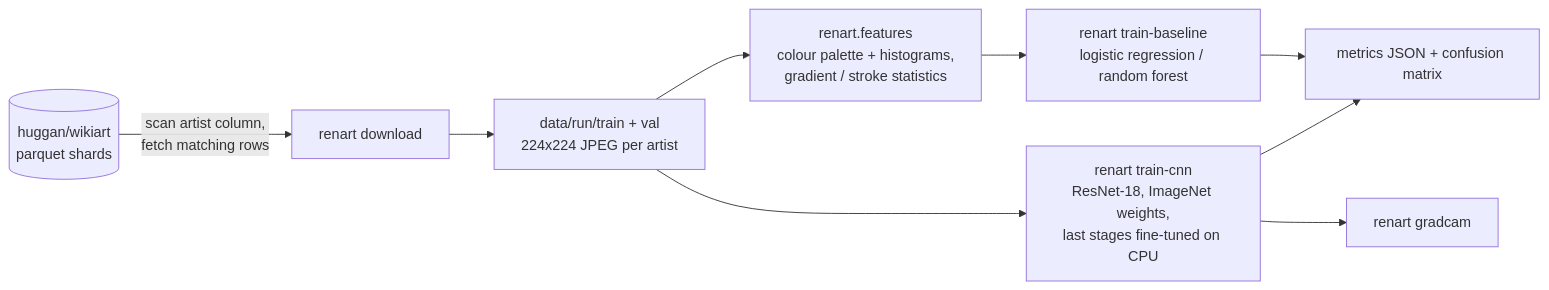
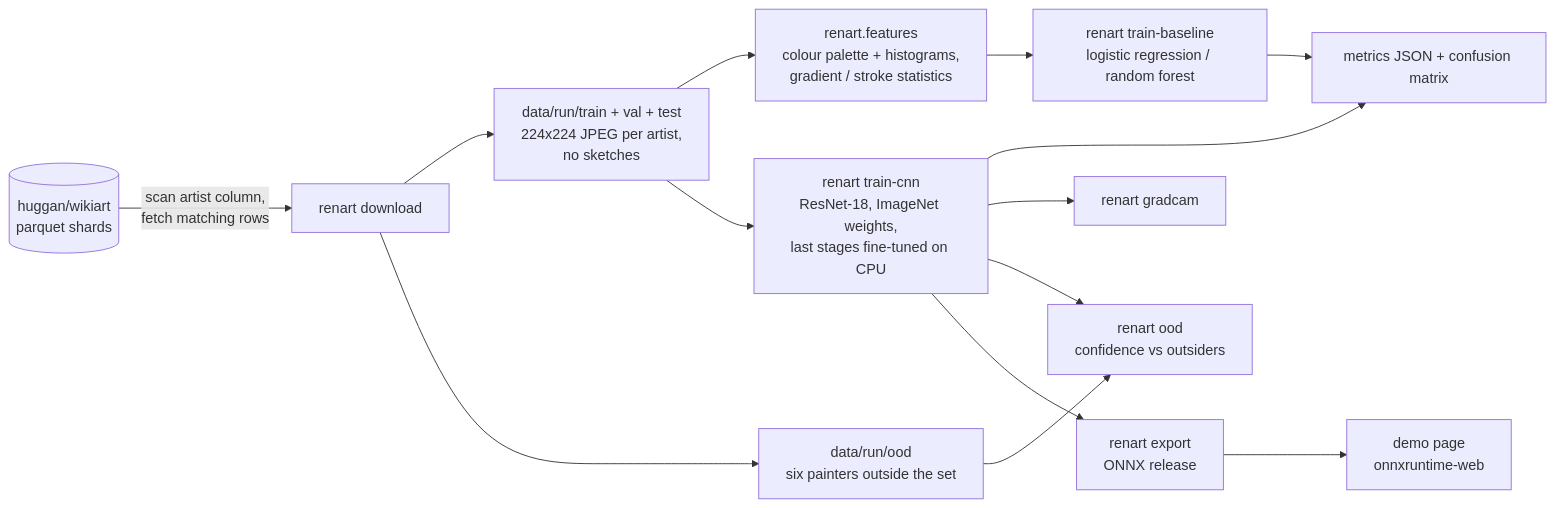
Before and after one commit to kennethkimbrough/Renart: the diagram in README.md, drawn with Mermaid. The commit also changed other lines of this file and 19 other files, not shown here.

First line of the commit message:
Report run 8: test-split results, the out-of-set check and the demo model

````diff
--- a/README.md
+++ b/README.md
@@ -94,11 +113,15 @@
 ```mermaid
 flowchart LR
   hf[(huggan/wikiart<br/>parquet shards)] -->|scan artist column,<br/>fetch matching rows| dl[renart download]
-  dl --> data[data/run/train + val<br/>224x224 JPEG per artist]
+  dl --> data[data/run/train + val + test<br/>224x224 JPEG per artist,<br/>no sketches]
+  dl --> ood[data/run/ood<br/>six painters outside the set]
   data --> feat[renart.features<br/>colour palette + histograms,<br/>gradient / stroke statistics]
   feat --> base[renart train-baseline<br/>logistic regression / random forest]
   data --> cnn[renart train-cnn<br/>ResNet-18, ImageNet weights,<br/>last stages fine-tuned on CPU]
   base --> metrics[metrics JSON + confusion matrix]
   cnn --> metrics
   cnn --> cam[renart gradcam]
+  cnn --> oodc[renart ood<br/>confidence vs outsiders]
+  ood --> oodc
+  cnn --> onnx[renart export<br/>ONNX release] --> demo[demo page<br/>onnxruntime-web]
 ```
````
